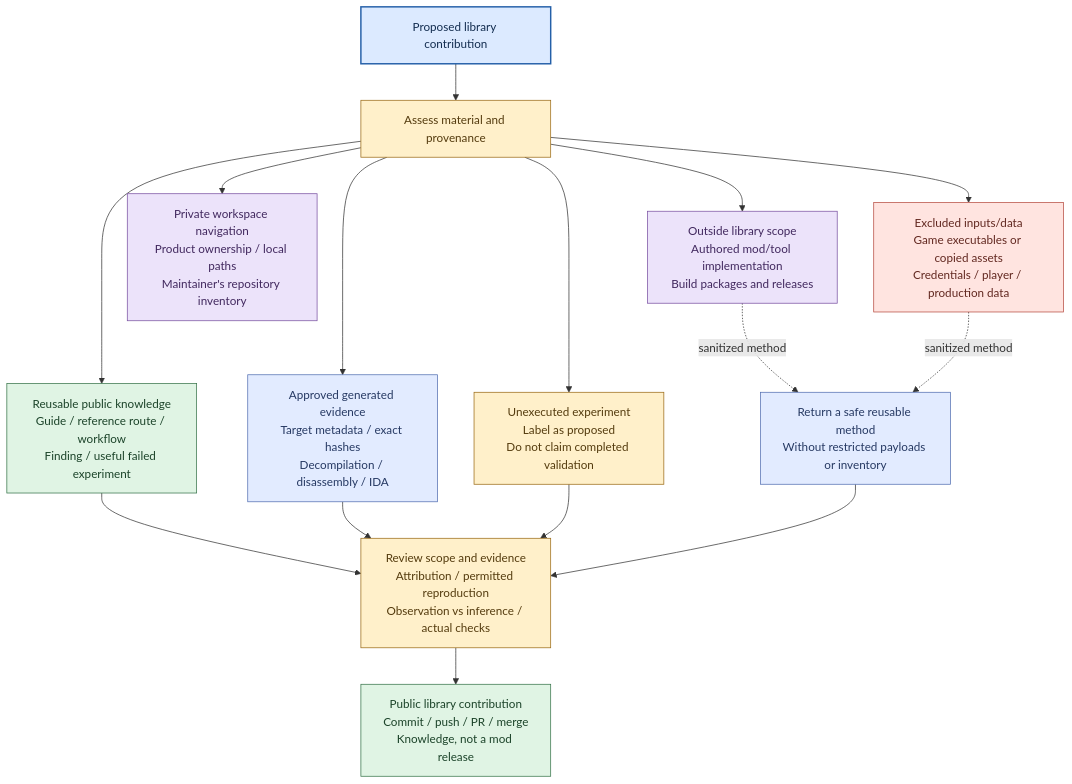
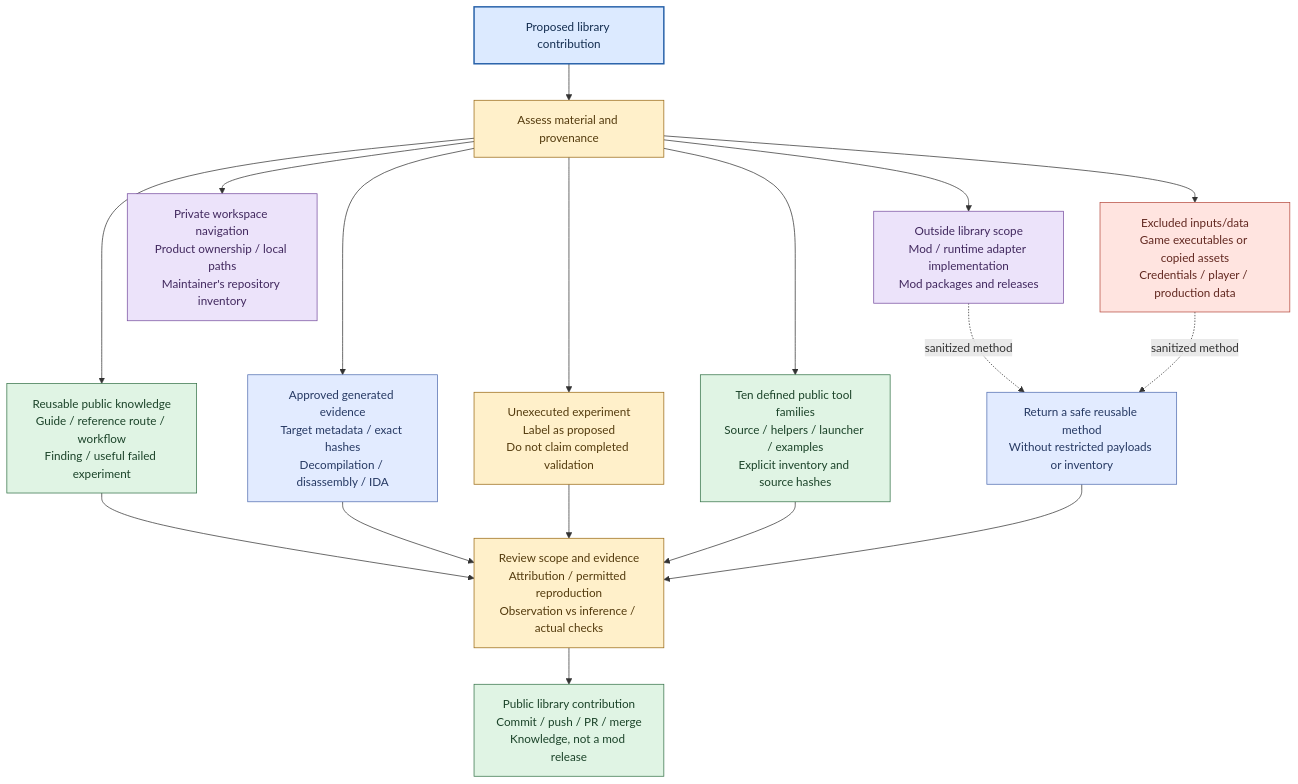
One commit to darkcenturies/gta-workshop changed the diagram in docs/workshop/publication.mmd. Above: the diagram before and after it, drawn with Mermaid. The commit also changed 81 other files, not shown here.

Commit message:
Publish source and runnable examples for the ten defined Valkyrie tool families.

```diff
--- a/docs/workshop/publication.mmd
+++ b/docs/workshop/publication.mmd
@@ -1,44 +1,47 @@
 flowchart TB
     accTitle: Public GTA library contribution boundaries
     accDescr: Reusable guides, references, findings and approved generated evidence can be reviewed and merged. Proposed experiments stay labeled. Implementation, releases, private inventory, game payloads and private data stay outside the reference library.
     NEW["Proposed library contribution"]:::hub
     TYPE["Assess material and provenance"]:::gate
     KNOW["Reusable public knowledge
 Guide / reference route / workflow
 Finding / useful failed experiment"]:::public
     ARCH["Approved generated evidence
 Target metadata / exact hashes
 Decompilation / disassembly / IDA"]:::evidence
     IDEA["Unexecuted experiment
 Label as proposed
 Do not claim completed validation"]:::gate
     CODE["Outside library scope
-Authored mod/tool implementation
-Build packages and releases"]:::project
+Mod / runtime adapter implementation
+Mod packages and releases"]:::project
+    TOOL["Ten defined public tool families
+Source / helpers / launcher / examples
+Explicit inventory and source hashes"]:::public
     INV["Private workspace navigation
 Product ownership / local paths
 Maintainer's repository inventory"]:::project
     INPUT["Excluded inputs/data
 Game executables or copied assets
 Credentials / player / production data"]:::excluded
     REVIEW["Review scope and evidence
 Attribution / permitted reproduction
 Observation vs inference / actual checks"]:::gate
     MERGE["Public library contribution
 Commit / push / PR / merge
 Knowledge, not a mod release"]:::public
     SAFE["Return a safe reusable method
 Without restricted payloads or inventory"]:::evidence
     NEW --> TYPE
-    TYPE --> KNOW & ARCH & IDEA & CODE & INV & INPUT
-    KNOW & ARCH & IDEA --> REVIEW --> MERGE
+    TYPE --> KNOW & ARCH & IDEA & TOOL & CODE & INV & INPUT
+    KNOW & ARCH & IDEA & TOOL --> REVIEW --> MERGE
     CODE & INPUT -. sanitized method .-> SAFE
     SAFE --> REVIEW
 
     classDef hub fill:#dceaff,stroke:#245fa8,color:#132d50,stroke-width:2px;
     classDef reference fill:#d9f4f4,stroke:#267b80,color:#153e42;
     classDef gate fill:#fff0ca,stroke:#9a6a16,color:#543b0e;
     classDef evidence fill:#e2ebff,stroke:#526eb1,color:#263963;
     classDef public fill:#e0f4e4,stroke:#367349,color:#1b4329;
     classDef project fill:#ece3fa,stroke:#7950a1,color:#41285e;
     classDef excluded fill:#ffe4e0,stroke:#b64c41,color:#622820;
```
